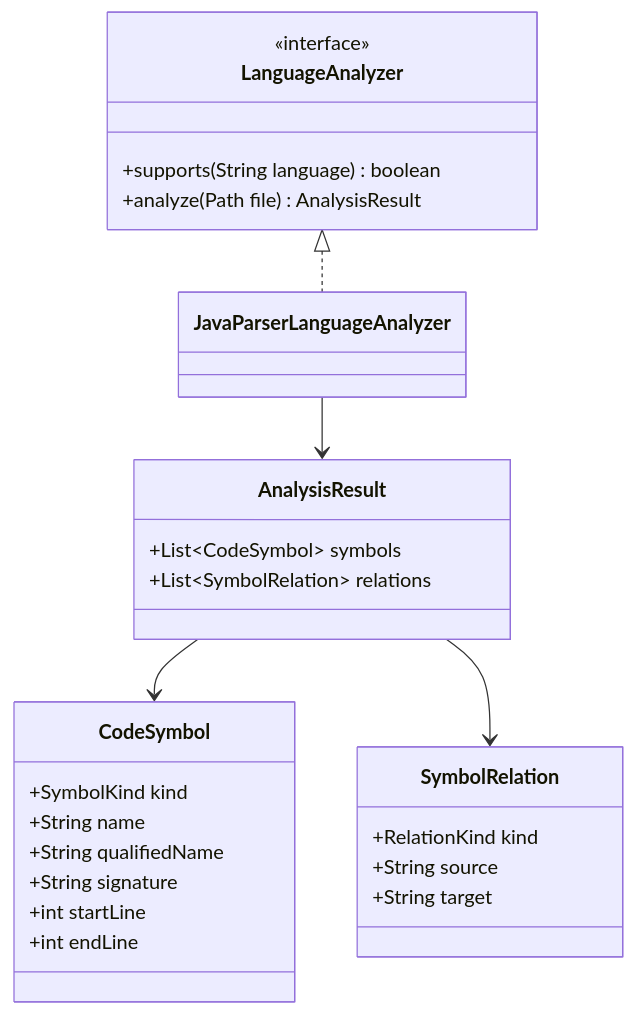
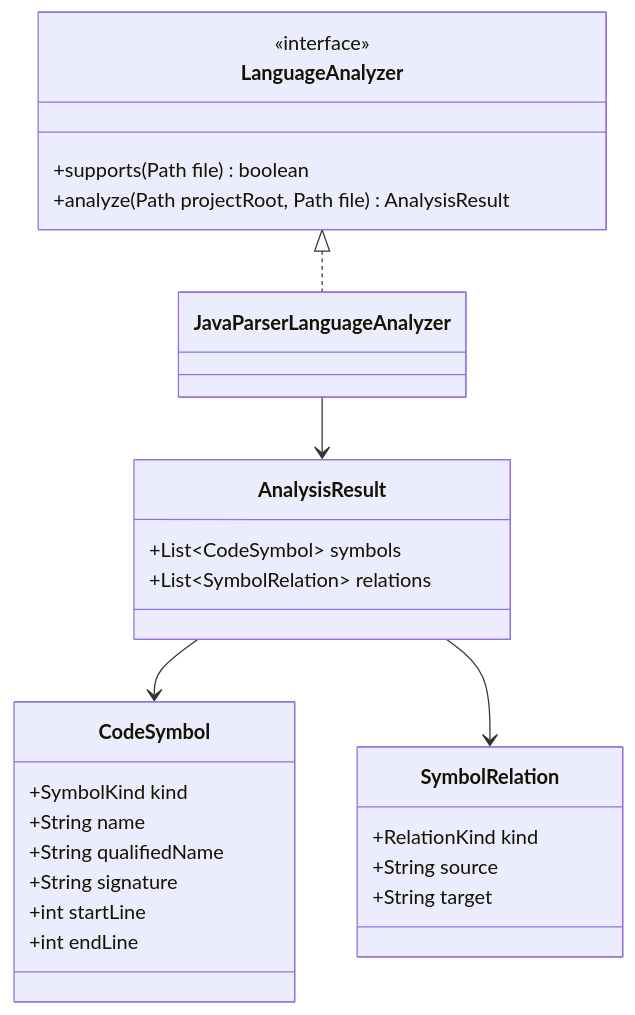
The second of 5 diagrams in docs/developer/indexing-pipeline.md (FTurleque/nexus-context-engine), drawn with Mermaid before and after one commit. The commit also changed other lines of this file, not shown here.

Commit message:
docs(dev): aligner le diagramme d'indexation sur les signatures réelles

````diff
--- a/docs/developer/indexing-pipeline.md
+++ b/docs/developer/indexing-pipeline.md
@@ -218,34 +225,35 @@
 ```mermaid
 classDiagram
     class LanguageAnalyzer {
         <<interface>>
-        +supports(String language) boolean
-        +analyze(Path file) AnalysisResult
+        +supports(Path file) boolean
+        +analyze(Path projectRoot, Path file) AnalysisResult
     }
 
     class JavaParserLanguageAnalyzer
+
     class AnalysisResult {
         +List~CodeSymbol~ symbols
         +List~SymbolRelation~ relations
     }
 
     class CodeSymbol {
         +SymbolKind kind
         +String name
         +String qualifiedName
         +String signature
         +int startLine
         +int endLine
     }
 
     class SymbolRelation {
         +RelationKind kind
         +String source
         +String target
     }
 
     LanguageAnalyzer <|.. JavaParserLanguageAnalyzer
     JavaParserLanguageAnalyzer --> AnalysisResult
     AnalysisResult --> CodeSymbol
     AnalysisResult --> SymbolRelation
 ```
````
